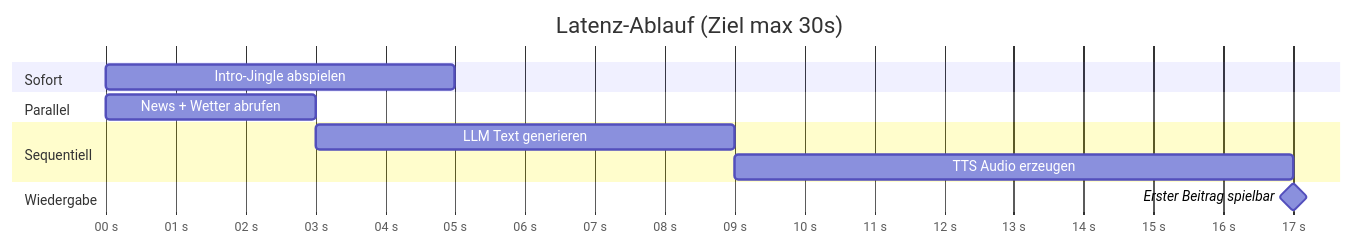
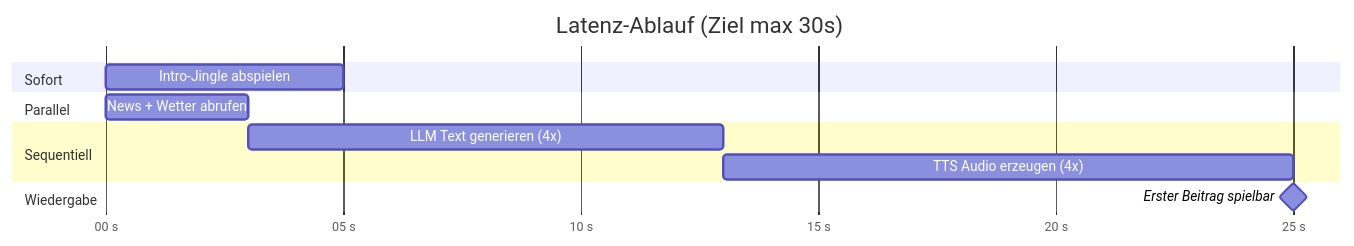
Before and after one commit to MichaelMoeckli/attune: the third of 5 diagrams in techstack_architektur_radion25.md, drawn with Mermaid. The commit also changed other lines of this file and 23 other files, not shown here.

````diff
--- a/techstack_architektur_radion25.md
+++ b/techstack_architektur_radion25.md
@@ -240,19 +281,19 @@
 ```mermaid
 gantt
     title Latenz-Ablauf (Ziel max 30s)
     dateFormat ss
     axisFormat %S s
 
     section Sofort
     Intro-Jingle abspielen       :a1, 00, 5s
 
     section Parallel
     News + Wetter abrufen        :a2, 00, 3s
 
     section Sequentiell
-    LLM Text generieren          :a3, after a2, 6s
-    TTS Audio erzeugen           :a4, after a3, 8s
+    LLM Text generieren (4x)    :a3, after a2, 10s
+    TTS Audio erzeugen (4x)     :a4, after a3, 12s
 
     section Wiedergabe
     Erster Beitrag spielbar      :milestone, after a4, 0s
 ```
````
